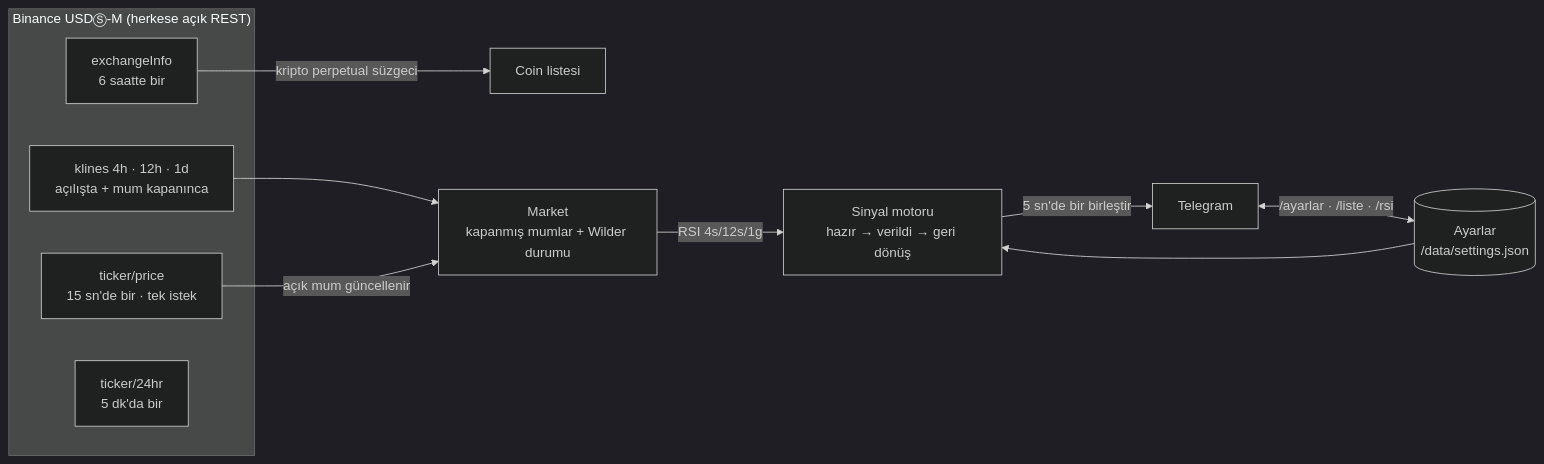
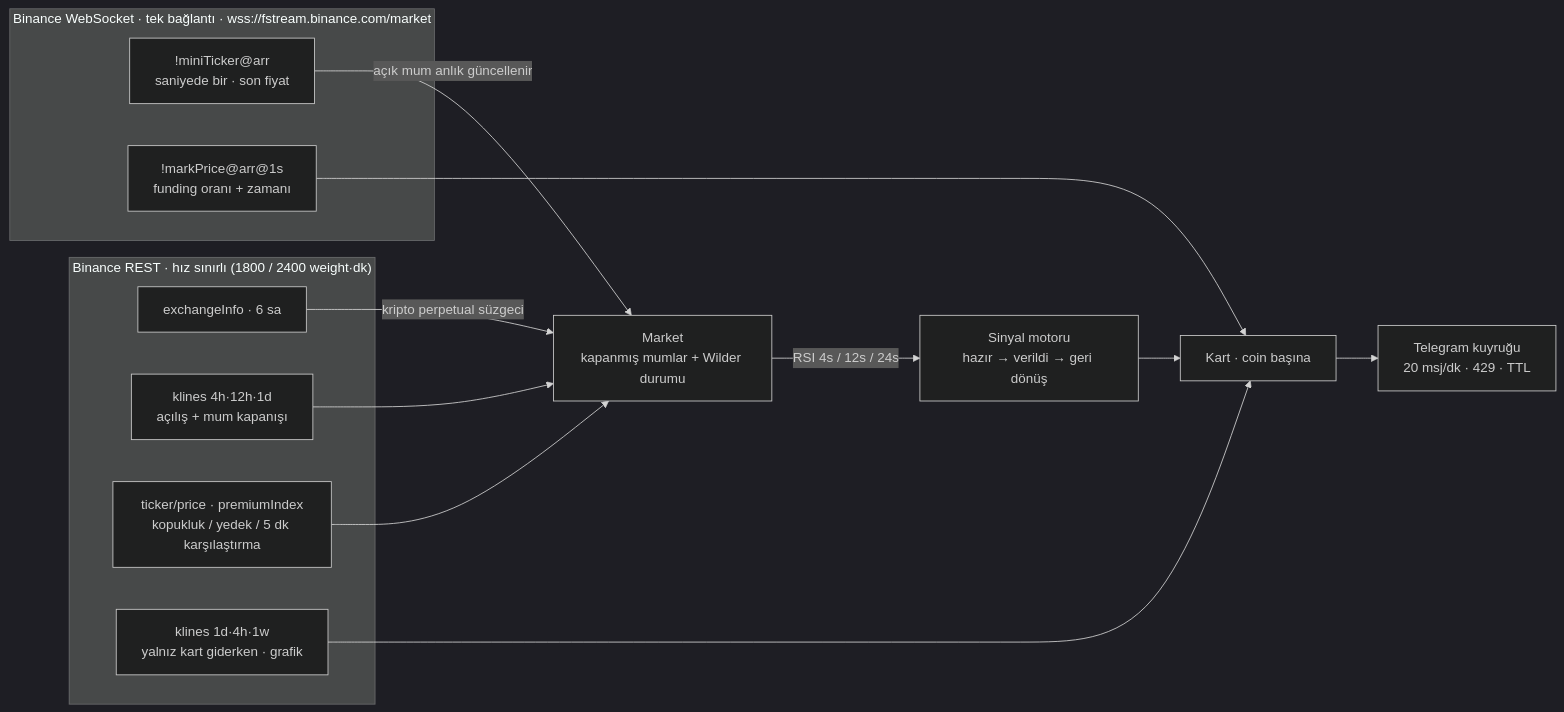
The diagram in README.md (MyDemir/rsi-bot), drawn with Mermaid (dark theme) before and after one commit. The commit also changed other lines of this file and 22 other files, not shown here.

First line of the commit message:
WebSocket anlık veri, coin başına ayrı kart (RSI alt alta + funding), grafik, yeni ayar paneli

````diff
--- a/README.md
+++ b/README.md
@@ -18,16 +33,22 @@
 ```mermaid
 flowchart LR
-  subgraph Binance["Binance USDⓈ-M (herkese açık REST)"]
-    EI[exchangeInfo<br/>6 saatte bir]
-    KL[klines 4h · 12h · 1d<br/>açılışta + mum kapanınca]
-    PR[ticker/price<br/>15 sn'de bir · tek istek]
-    TK[ticker/24hr<br/>5 dk'da bir]
+  subgraph WS["Binance WebSocket · tek bağlantı · wss://fstream.binance.com/market"]
+    MT["!miniTicker@arr<br/>saniyede bir · son fiyat"]
+    MP["!markPrice@arr@1s<br/>funding oranı + zamanı"]
   end
-  EI -->|kripto perpetual süzgeci| U[Coin listesi]
+  subgraph REST["Binance REST · hız sınırlı (1800 / 2400 weight·dk)"]
+    EI[exchangeInfo · 6 sa]
+    KL[klines 4h·12h·1d<br/>açılış + mum kapanışı]
+    BK[ticker/price · premiumIndex<br/>kopukluk / yedek / 5 dk karşılaştırma]
+    GK[klines 1d·4h·1w<br/>yalnız kart giderken · grafik]
+  end
+  EI -->|kripto perpetual süzgeci| M
   KL --> M[Market<br/>kapanmış mumlar + Wilder durumu]
-  PR -->|açık mum güncellenir| M
-  M -->|RSI 4s/12s/1g| E[Sinyal motoru<br/>hazır → verildi → geri dönüş]
-  E -->|5 sn'de bir birleştir| T[Telegram]
-  S[(Ayarlar<br/>/data/settings.json)] --> E
-  T <-->|/ayarlar · /liste · /rsi| S
+  MT -->|açık mum anlık güncellenir| M
+  BK --> M
+  M -->|RSI 4s / 12s / 24s| E[Sinyal motoru<br/>hazır → verildi → geri dönüş]
+  MP --> K
+  E --> K[Kart · coin başına]
+  GK --> K
+  K --> T[Telegram kuyruğu<br/>20 msj/dk · 429 · TTL]
 ```
````
